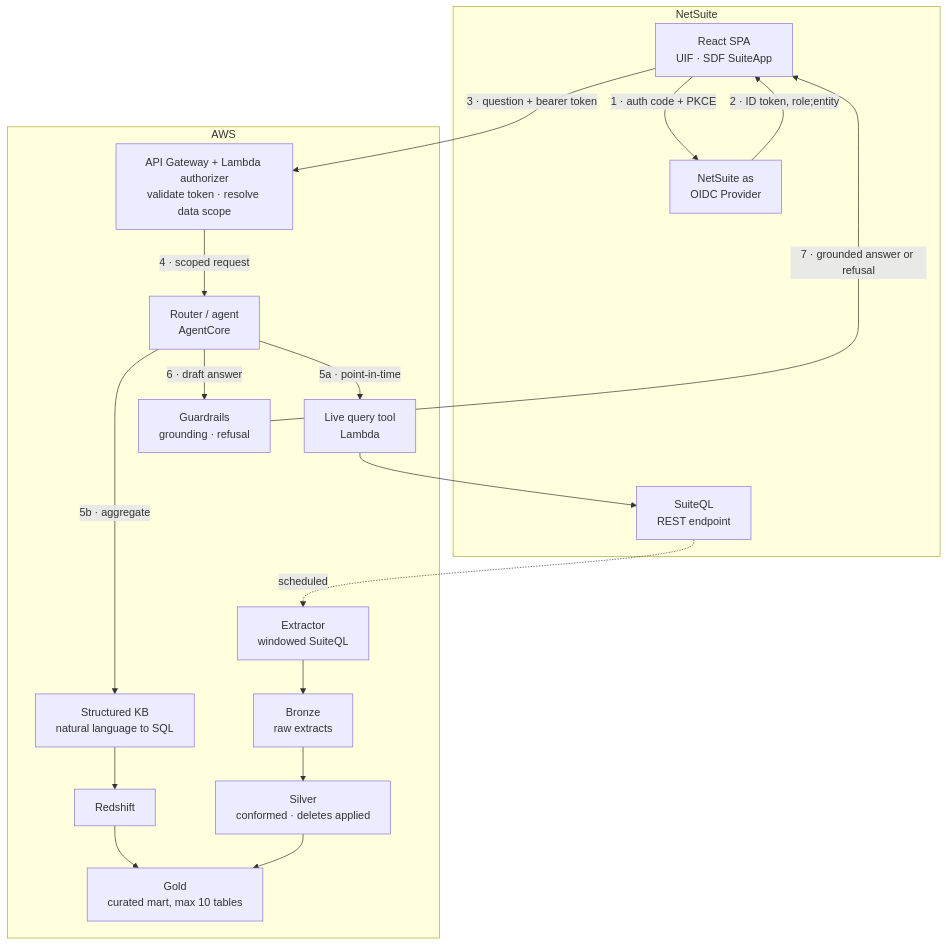
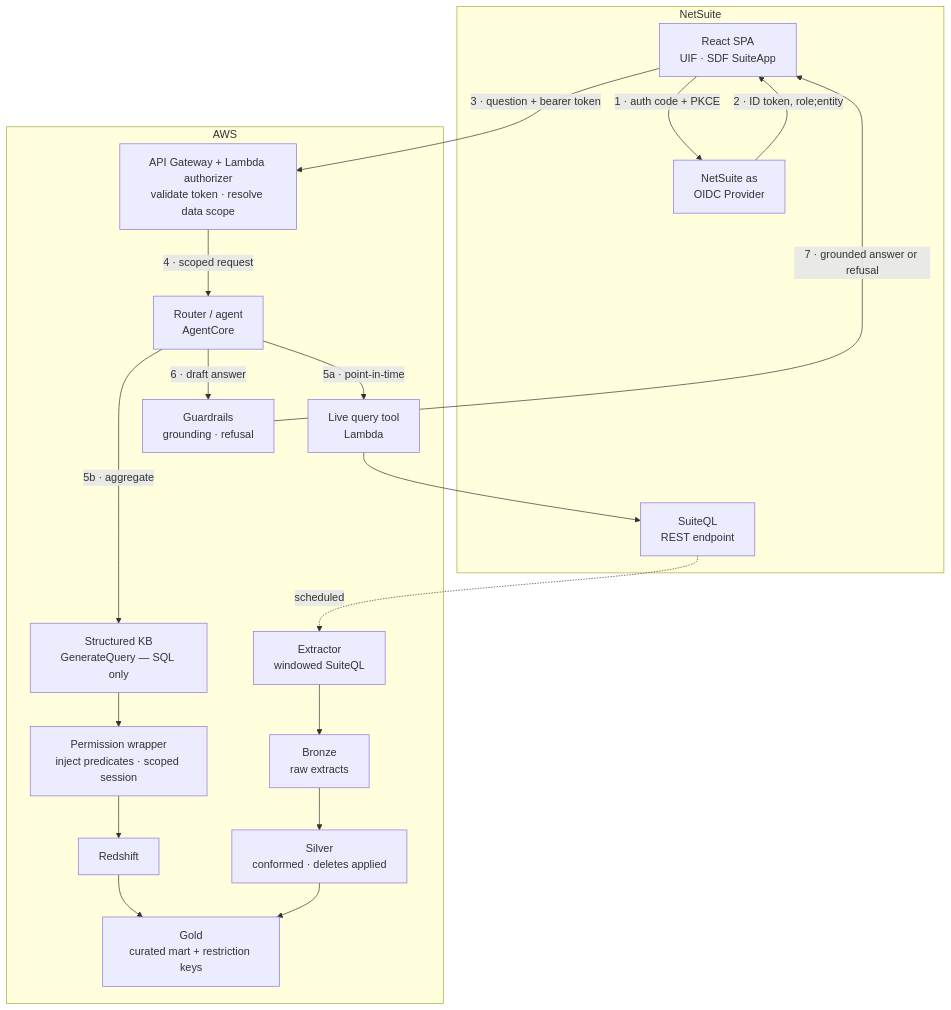
One commit to rodrigofernandezdualboot/tolaria-second-brain changed the diagram in wg-henschen-preliminary-architecture.md. Above: the diagram before and after it, drawn with Mermaid. The commit also changed other lines of this file, not shown here.

````diff
--- a/wg-henschen-preliminary-architecture.md
+++ b/wg-henschen-preliminary-architecture.md
@@ -34,33 +34,35 @@
 ```mermaid
 flowchart TB
   subgraph NS["NetSuite"]
     SPA["React SPA<br/>UIF · SDF SuiteApp"]
     OIDC["NetSuite as<br/>OIDC Provider"]
     SQL["SuiteQL<br/>REST endpoint"]
   end
   subgraph AWS["AWS"]
     AUTH["API Gateway + Lambda authorizer<br/>validate token · resolve data scope"]
     ROUTE["Router / agent<br/>AgentCore"]
     LIVE["Live query tool<br/>Lambda"]
-    KB["Structured KB<br/>natural language to SQL"]
+    KB["Structured KB<br/>GenerateQuery — SQL only"]
+    SCOPE["Permission wrapper<br/>inject predicates · scoped session"]
     RS["Redshift"]
     GUARD["Guardrails<br/>grounding · refusal"]
     EXT["Extractor<br/>windowed SuiteQL"]
     B["Bronze<br/>raw extracts"]
     S["Silver<br/>conformed · deletes applied"]
-    G["Gold<br/>curated mart, max 10 tables"]
+    G["Gold<br/>curated mart + restriction keys"]
   end
   SPA -->|1 · auth code + PKCE| OIDC
   OIDC -->|2 · ID token, role;entity| SPA
   SPA -->|3 · question + bearer token| AUTH
   AUTH -->|4 · scoped request| ROUTE
   ROUTE -->|5a · point-in-time| LIVE
   LIVE --> SQL
   ROUTE -->|5b · aggregate| KB
-  KB --> RS
+  KB --> SCOPE
+  SCOPE --> RS
   RS --> G
   ROUTE -->|6 · draft answer| GUARD
   GUARD -->|7 · grounded answer or refusal| SPA
   SQL -.->|scheduled| EXT
   EXT --> B --> S --> G
 ```
````
